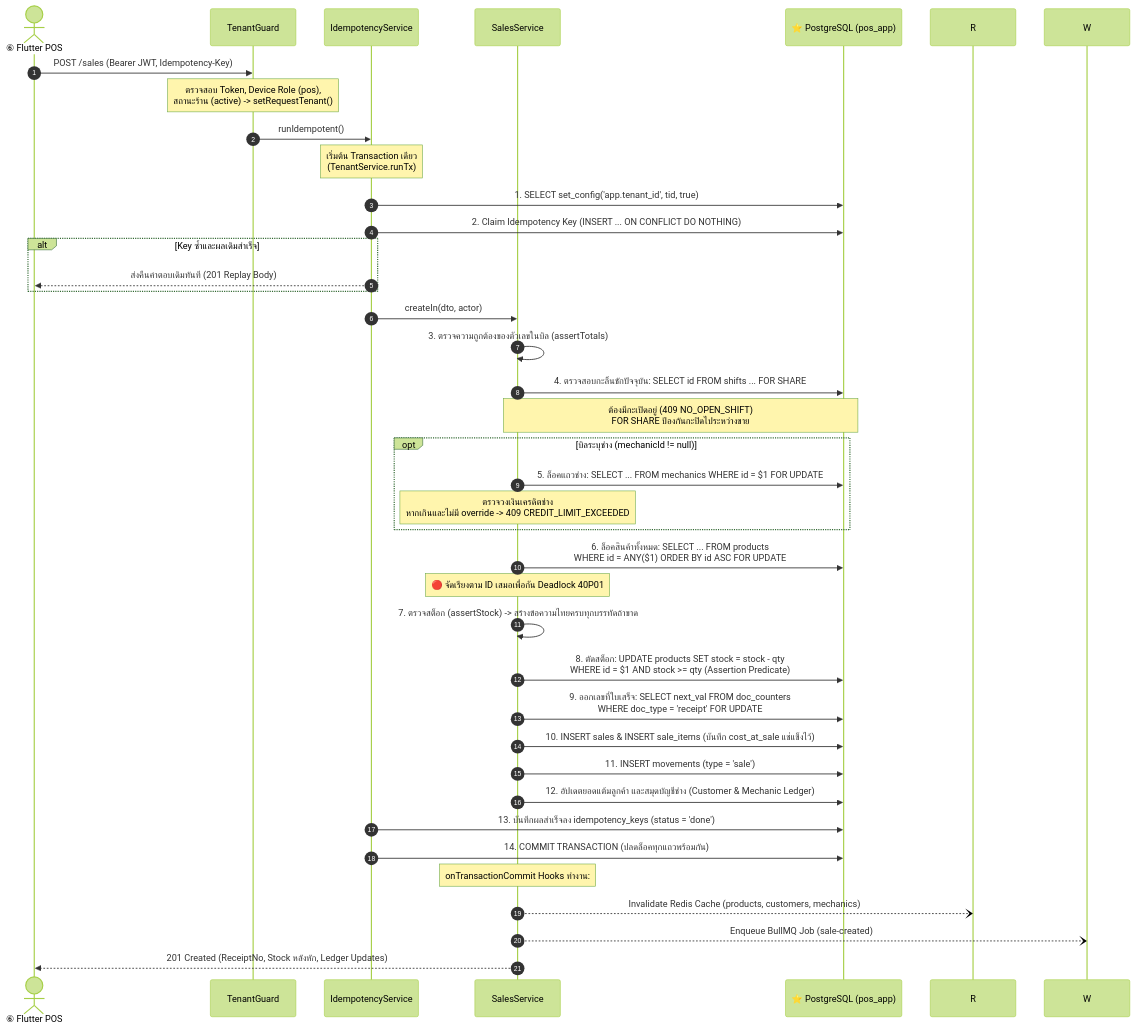
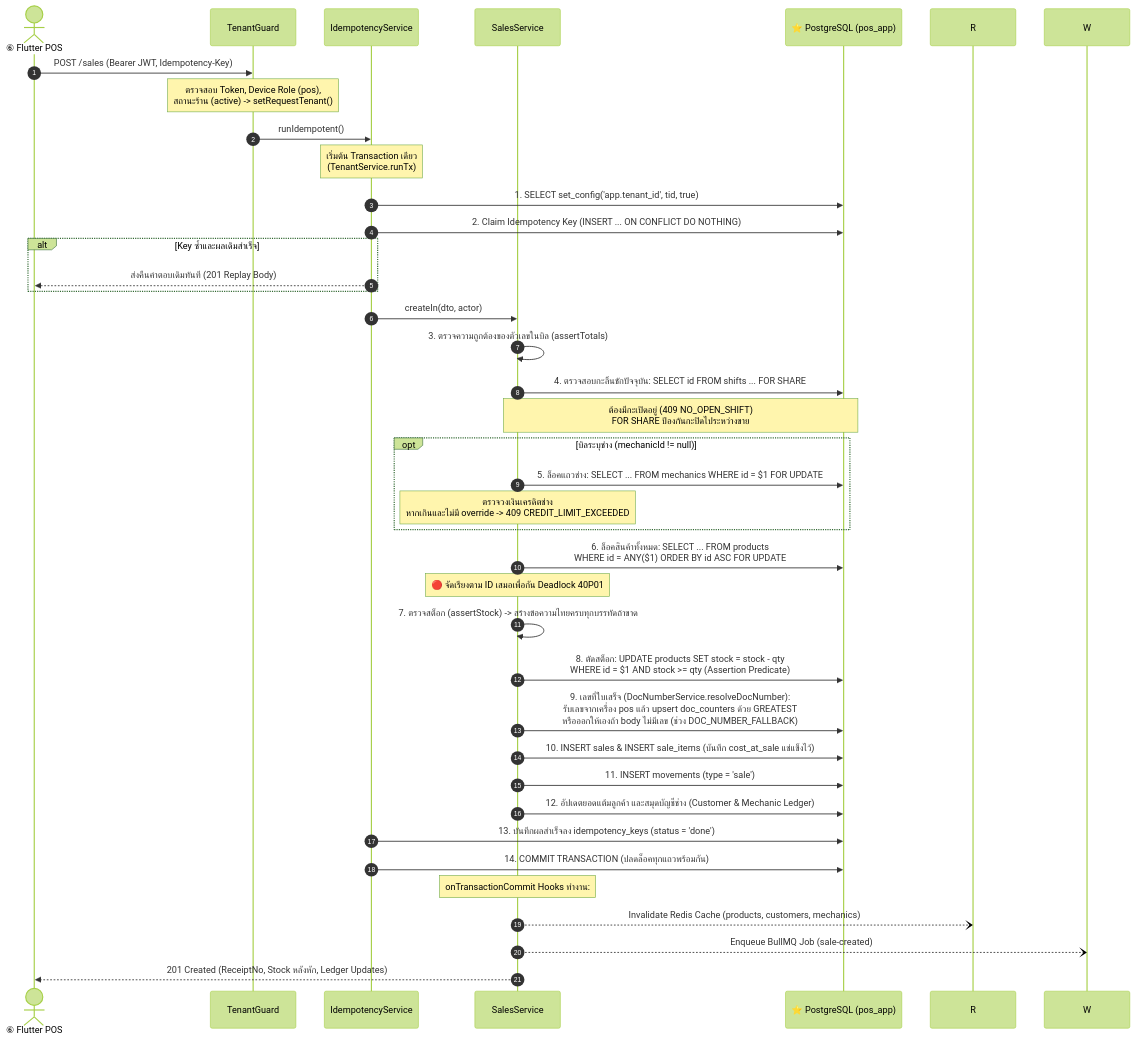
The second of 4 diagrams in docs/Backend_design/architecture-primer.md (NuimanLP/srisurart-pos-flutter), drawn with Mermaid (forest theme) before and after one commit. The commit also changed other lines of this file and 15 other files, not shown here.

````diff
--- a/docs/Backend_design/architecture-primer.md
+++ b/docs/Backend_design/architecture-primer.md
@@ -384,47 +389,47 @@
 ```mermaid
 sequenceDiagram
     autonumber
     actor C as ⑥ Flutter POS
     participant G as TenantGuard
     participant I as IdempotencyService
     participant S as SalesService
     participant P as ⭐ PostgreSQL (pos_app)
 
     C->>G: POST /sales (Bearer JWT, Idempotency-Key)
     Note over G: ตรวจสอบ Token, Device Role (pos),<br/>สถานะร้าน (active) -> setRequestTenant()
     G->>I: runIdempotent()
     Note over I: เริ่มต้น Transaction เดียว<br/>(TenantService.runTx)
     I->>P: 1. SELECT set_config('app.tenant_id', tid, true)
     I->>P: 2. Claim Idempotency Key (INSERT ... ON CONFLICT DO NOTHING)
     alt Key ซ้ำและผลเดิมสำเร็จ
         I-->>C: ส่งคืนคำตอบเดิมทันที (201 Replay Body)
     end
     
     I->>S: createIn(dto, actor)
     S->>S: 3. ตรวจความถูกต้องของตัวเลขในบิล (assertTotals)
     S->>P: 4. ตรวจสอบกะลิ้นชักปัจจุบัน: SELECT id FROM shifts ... FOR SHARE
     Note over S,P: ต้องมีกะเปิดอยู่ (409 NO_OPEN_SHIFT)<br/>FOR SHARE ป้องกันกะปิดไประหว่างขาย
     
     opt บิลระบุช่าง (mechanicId != null)
         S->>P: 5. ล็อคแถวช่าง: SELECT ... FROM mechanics WHERE id = $1 FOR UPDATE
         Note over S: ตรวจวงเงินเครดิตช่าง<br/>หากเกินและไม่มี override -> 409 CREDIT_LIMIT_EXCEEDED
     end
 
     S->>P: 6. ล็อคสินค้าทั้งหมด: SELECT ... FROM products<br/>WHERE id = ANY($1) ORDER BY id ASC FOR UPDATE
     Note over S: 🔴 จัดเรียงตาม ID เสมอเพื่อกัน Deadlock 40P01
     S->>S: 7. ตรวจสต็อก (assertStock) -> สร้างข้อความไทยครบทุกบรรทัดถ้าขาด
     S->>P: 8. ตัดสต็อก: UPDATE products SET stock = stock - qty<br/>WHERE id = $1 AND stock >= qty (Assertion Predicate)
     
-    S->>P: 9. ออกเลขที่ใบเสร็จ: SELECT next_val FROM doc_counters<br/>WHERE doc_type = 'receipt' FOR UPDATE
+    S->>P: 9. เลขที่ใบเสร็จ (DocNumberService.resolveDocNumber):<br/>รับเลขจากเครื่อง pos แล้ว upsert doc_counters ด้วย GREATEST<br/>หรือออกให้เองถ้า body ไม่มีเลข (ช่วง DOC_NUMBER_FALLBACK)
     S->>P: 10. INSERT sales & INSERT sale_items (บันทึก cost_at_sale แช่แข็งไว้)
     S->>P: 11. INSERT movements (type = 'sale')
     S->>P: 12. อัปเดตยอดแต้มลูกค้า และสมุดบัญชีช่าง (Customer & Mechanic Ledger)
     
     I->>P: 13. บันทึกผลสำเร็จลง idempotency_keys (status = 'done')
     I->>P: 14. COMMIT TRANSACTION (ปลดล็อคทุกแถวพร้อมกัน)
     
     Note over S: onTransactionCommit Hooks ทำงาน:
     S--)R: Invalidate Redis Cache (products, customers, mechanics)
     S--)W: Enqueue BullMQ Job (sale-created)
     S-->>C: 201 Created (ReceiptNo, Stock หลังหัก, Ledger Updates)
 ```
````
